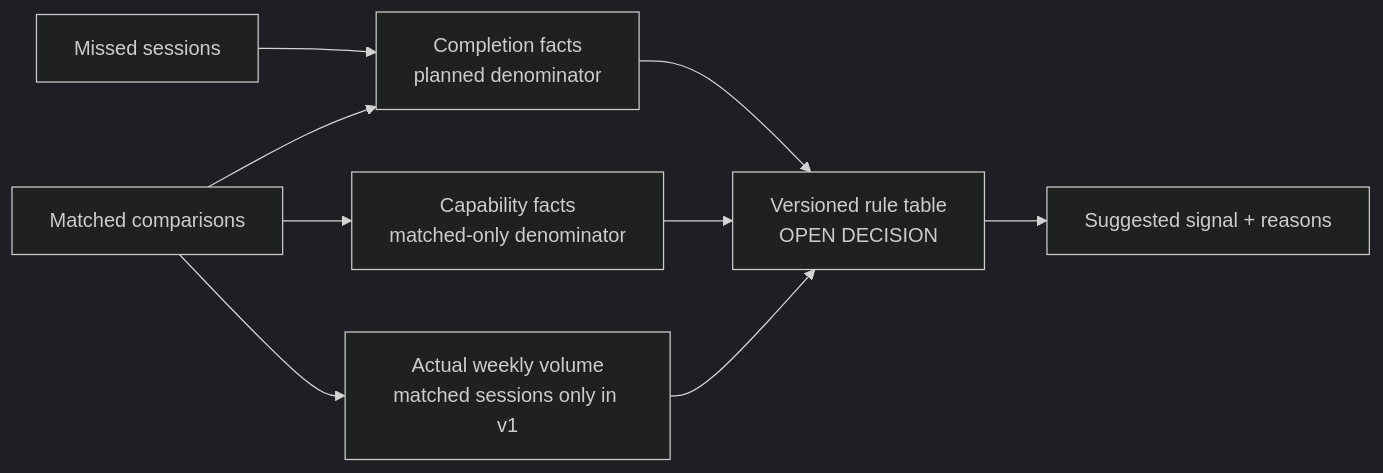
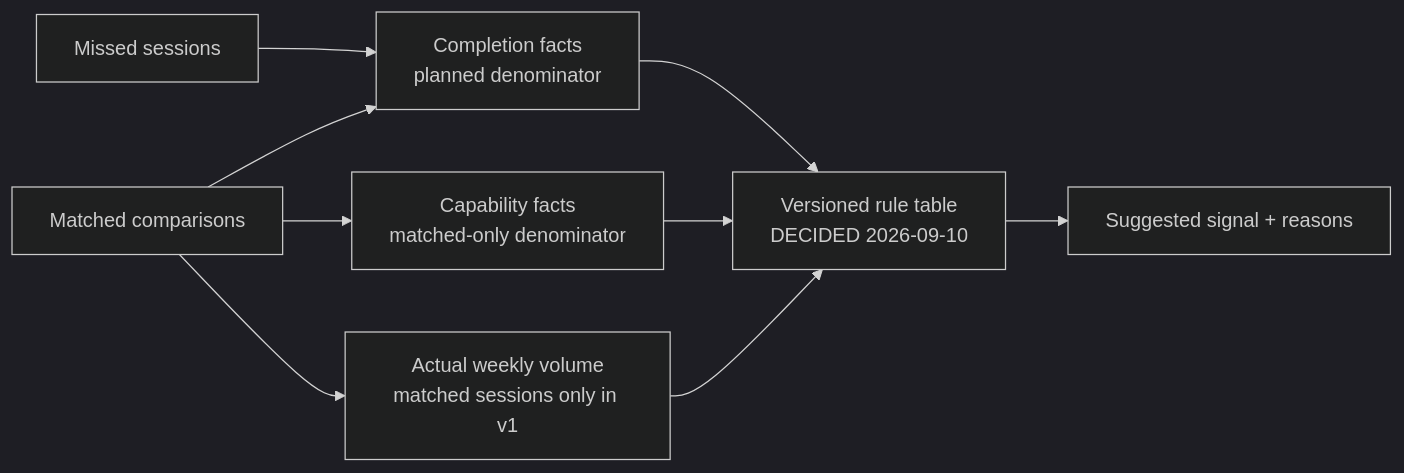
Before and after one commit to tinips/adaptive_training_coach: the fourth of 4 diagrams in docs/design/first-week-evaluator.md, drawn with Mermaid (dark theme). The commit also changed other lines of this file and 6 other files, not shown here.

````diff
--- a/docs/design/first-week-evaluator.md
+++ b/docs/design/first-week-evaluator.md
@@ -525,11 +575,11 @@
 ```mermaid
 flowchart LR
     M["Matched comparisons"] --> C["Completion facts<br/>planned denominator"]
     X["Missed sessions"] --> C
     M --> A["Capability facts<br/>matched-only denominator"]
     M --> V["Actual weekly volume<br/>matched sessions only in v1"]
-    C --> R["Versioned rule table<br/>OPEN DECISION"]
+    C --> R["Versioned rule table<br/>DECIDED 2026-09-10"]
     A --> R
     V --> R
     R --> S["Suggested signal + reasons"]
 ```
````
